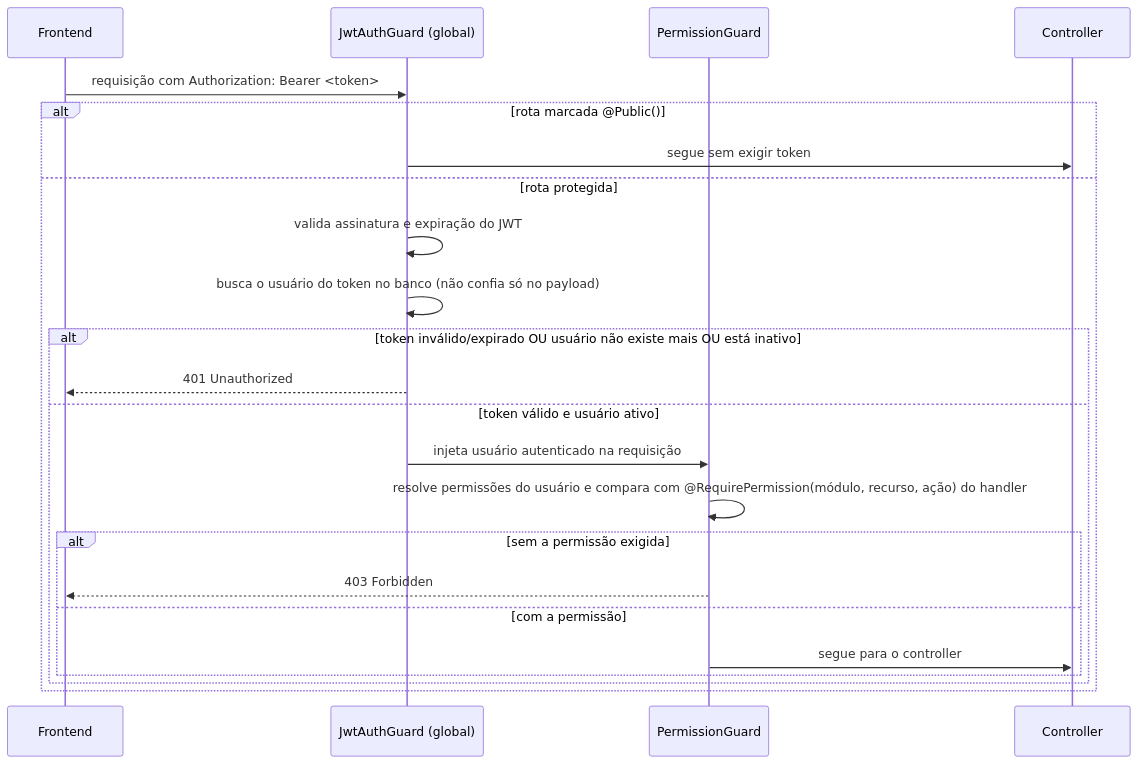
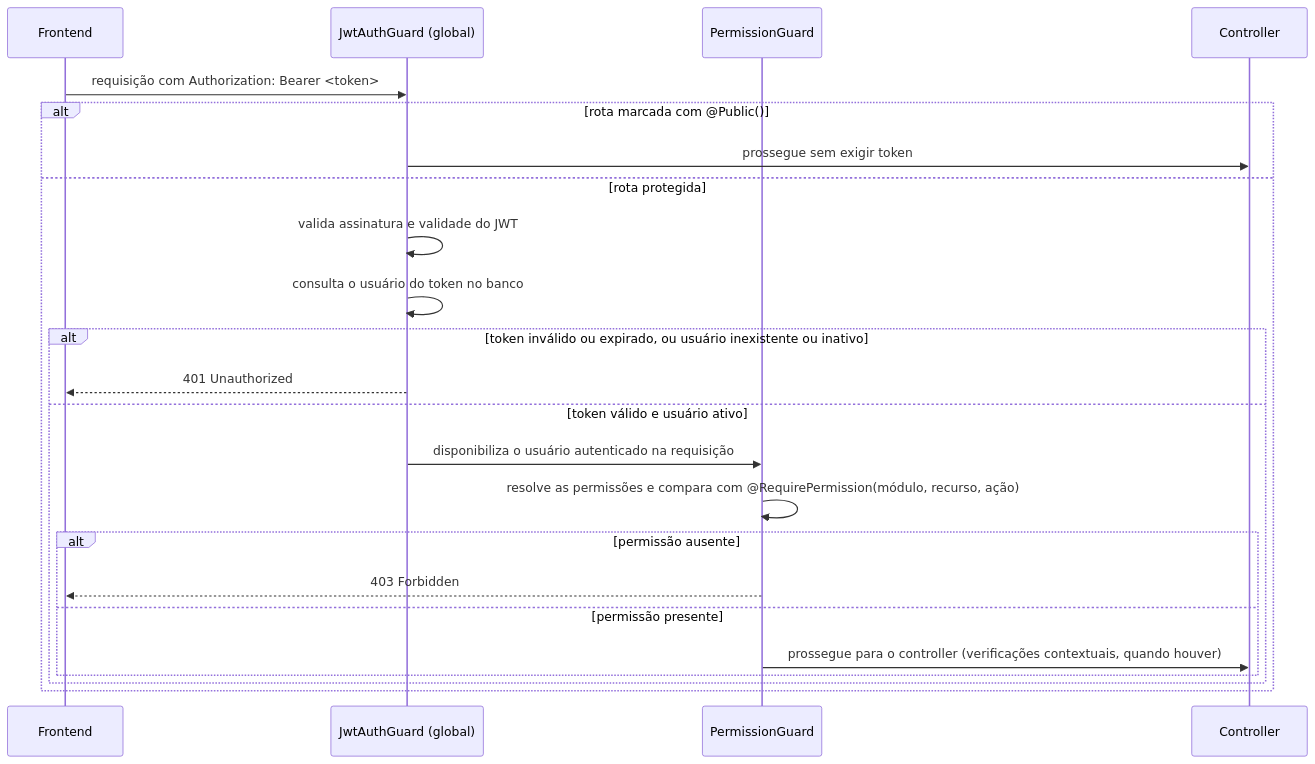
Before and after one commit to bebberjoao/RoosterOneBackend: the tenth of 10 diagrams in docs/system/05-fluxos-do-sistema.md, drawn with Mermaid. The commit also changed other lines of this file and 5 other files, not shown here.

````diff
--- a/docs/system/05-fluxos-do-sistema.md
+++ b/docs/system/05-fluxos-do-sistema.md
@@ -86,25 +165,25 @@
 ```mermaid
 sequenceDiagram
     participant F as Frontend
     participant G1 as JwtAuthGuard (global)
     participant G2 as PermissionGuard
     participant C as Controller
     F->>G1: requisição com Authorization: Bearer <token>
-    alt rota marcada @Public()
-        G1->>C: segue sem exigir token
+    alt rota marcada com @Public()
+        G1->>C: prossegue sem exigir token
     else rota protegida
-        G1->>G1: valida assinatura e expiração do JWT
-        G1->>G1: busca o usuário do token no banco (não confia só no payload)
-        alt token inválido/expirado OU usuário não existe mais OU está inativo
+        G1->>G1: valida assinatura e validade do JWT
+        G1->>G1: consulta o usuário do token no banco
+        alt token inválido ou expirado, ou usuário inexistente ou inativo
             G1-->>F: 401 Unauthorized
         else token válido e usuário ativo
-            G1->>G2: injeta usuário autenticado na requisição
-            G2->>G2: resolve permissões do usuário e compara com @RequirePermission(módulo, recurso, ação) do handler
-            alt sem a permissão exigida
+            G1->>G2: disponibiliza o usuário autenticado na requisição
+            G2->>G2: resolve as permissões e compara com @RequirePermission(módulo, recurso, ação)
+            alt permissão ausente
                 G2-->>F: 403 Forbidden
-            else com a permissão
-                G2->>C: segue para o controller
+            else permissão presente
+                G2->>C: prossegue para o controller (verificações contextuais, quando houver)
             end
         end
     end
 ```
````
